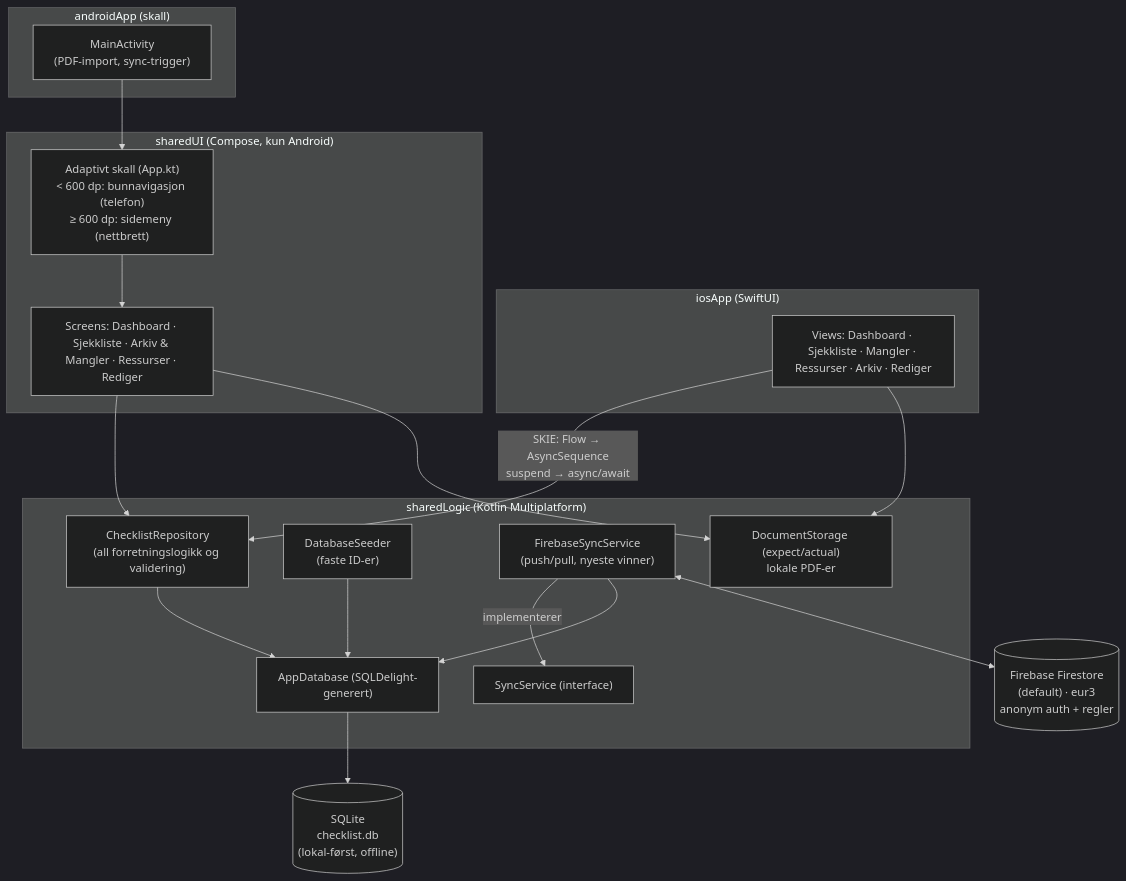
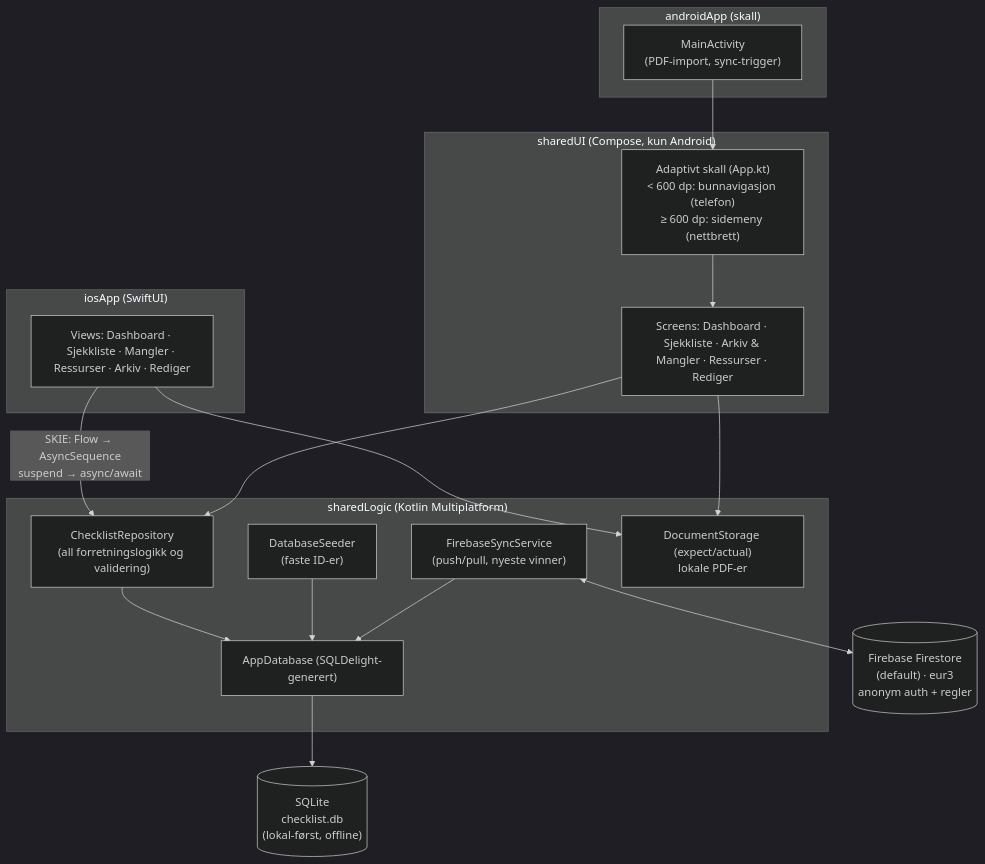
The diagram in diagrams/architecture.md (Vegardmykle/RedCross-Ambulance), drawn with Mermaid (dark theme) before and after one commit. The commit also changed other lines of this file and 15 other files, not shown here.

First line of the commit message:
Steg 1: fjern død kode og SyncService-abstraksjonen

````diff
--- a/diagrams/architecture.md
+++ b/diagrams/architecture.md
@@ -3,40 +3,38 @@
 ```mermaid
 flowchart TB
     subgraph iOS["iosApp (SwiftUI)"]
         iosViews["Views: Dashboard · Sjekkliste · Mangler · Ressurser · Arkiv · Rediger"]
     end
 
     subgraph Android["androidApp (skall)"]
         activity["MainActivity\n(PDF-import, sync-trigger)"]
     end
 
     subgraph SharedUI["sharedUI (Compose, kun Android)"]
         composeScreens["Screens: Dashboard · Sjekkliste · Arkiv & Mangler · Ressurser · Rediger"]
         shells["Adaptivt skall (App.kt)\n< 600 dp: bunnavigasjon (telefon)\n≥ 600 dp: sidemeny (nettbrett)"]
         shells --> composeScreens
     end
 
     subgraph SharedLogic["sharedLogic (Kotlin Multiplatform)"]
         repo["ChecklistRepository\n(all forretningslogikk og validering)"]
         seeder["DatabaseSeeder\n(faste ID-er)"]
-        syncIface["SyncService (interface)"]
         firebaseSync["FirebaseSyncService\n(push/pull, nyeste vinner)"]
         storage["DocumentStorage (expect/actual)\nlokale PDF-er"]
         dbGen["AppDatabase (SQLDelight-generert)"]
     end
 
     sqlite[("SQLite\nchecklist.db\n(lokal-først, offline)")]
     firestore[("Firebase Firestore\n(default) · eur3\nanonym auth + regler")]
 
     iosViews -- "SKIE: Flow → AsyncSequence\nsuspend → async/await" --> repo
     activity --> shells
     composeScreens --> repo
     repo --> dbGen
     seeder --> dbGen
-    firebaseSync -- implementerer --> syncIface
     firebaseSync --> dbGen
     firebaseSync <--> firestore
     dbGen --> sqlite
     iosViews --> storage
     composeScreens --> storage
 ```
````
